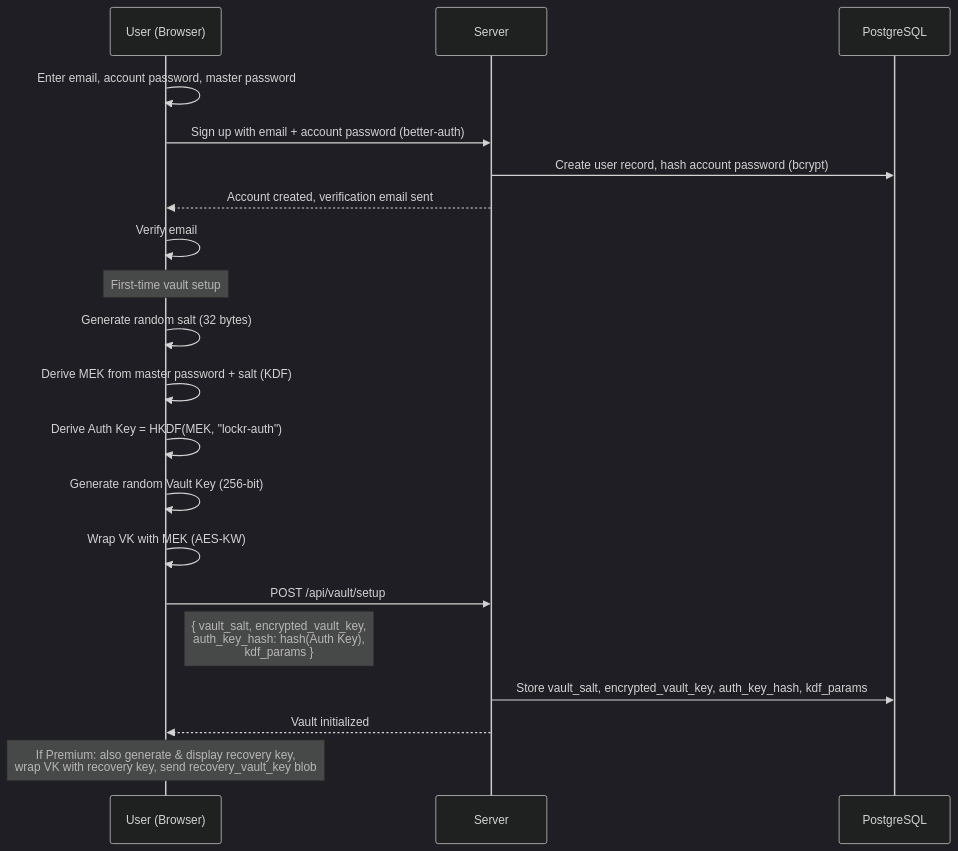
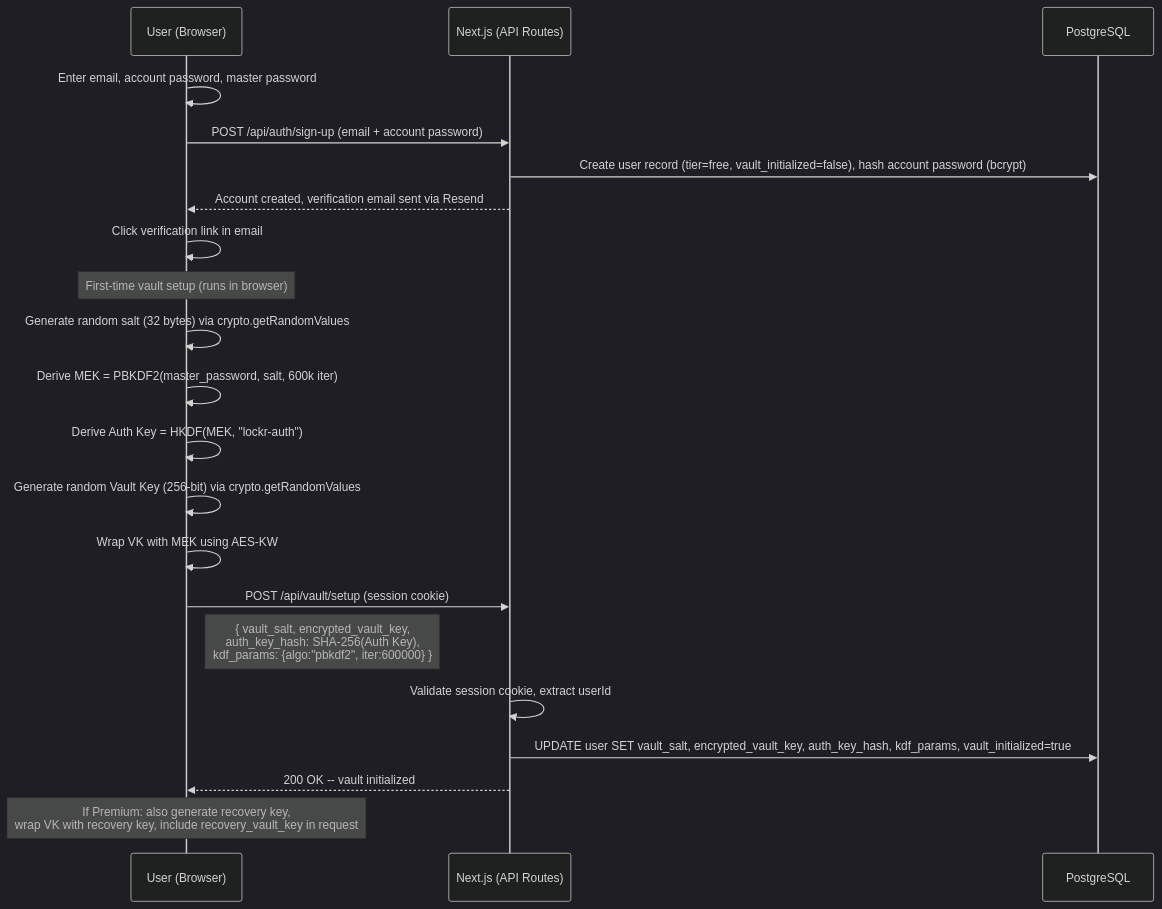
Before and after one commit to kunalsinghdadhwal/lockr: the fourth of 8 diagrams in docs/ARCHITECTURE.md, drawn with Mermaid (dark theme). The commit also changed other lines of this file, not shown here.

````diff
--- a/docs/ARCHITECTURE.md
+++ b/docs/ARCHITECTURE.md
@@ -104,26 +285,27 @@
 ```mermaid
 sequenceDiagram
     participant U as User (Browser)
-    participant S as Server
+    participant N as Next.js (API Routes)
     participant DB as PostgreSQL
 
     U->>U: Enter email, account password, master password
-    U->>S: Sign up with email + account password (better-auth)
-    S->>DB: Create user record, hash account password (bcrypt)
-    S-->>U: Account created, verification email sent
-    U->>U: Verify email
+    U->>N: POST /api/auth/sign-up (email + account password)
+    N->>DB: Create user record (tier=free, vault_initialized=false), hash account password (bcrypt)
+    N-->>U: Account created, verification email sent via Resend
+    U->>U: Click verification link in email
 
-    Note over U: First-time vault setup
-    U->>U: Generate random salt (32 bytes)
-    U->>U: Derive MEK from master password + salt (KDF)
+    Note over U: First-time vault setup (runs in browser)
+    U->>U: Generate random salt (32 bytes) via crypto.getRandomValues
+    U->>U: Derive MEK = PBKDF2(master_password, salt, 600k iter)
     U->>U: Derive Auth Key = HKDF(MEK, "lockr-auth")
-    U->>U: Generate random Vault Key (256-bit)
-    U->>U: Wrap VK with MEK (AES-KW)
+    U->>U: Generate random Vault Key (256-bit) via crypto.getRandomValues
+    U->>U: Wrap VK with MEK using AES-KW
 
-    U->>S: POST /api/vault/setup
-    Note right of U: { vault_salt, encrypted_vault_key,<br/>auth_key_hash: hash(Auth Key),<br/>kdf_params }
-    S->>DB: Store vault_salt, encrypted_vault_key, auth_key_hash, kdf_params
-    S-->>U: Vault initialized
+    U->>N: POST /api/vault/setup (session cookie)
+    Note right of U: { vault_salt, encrypted_vault_key,<br/>auth_key_hash: SHA-256(Auth Key),<br/>kdf_params: {algo:"pbkdf2", iter:600000} }
+    N->>N: Validate session cookie, extract userId
+    N->>DB: UPDATE user SET vault_salt, encrypted_vault_key, auth_key_hash, kdf_params, vault_initialized=true
+    N-->>U: 200 OK -- vault initialized
 
-    Note over U: If Premium: also generate & display recovery key,<br/>wrap VK with recovery key, send recovery_vault_key blob
+    Note over U: If Premium: also generate recovery key,<br/>wrap VK with recovery key, include recovery_vault_key in request
 ```
````
